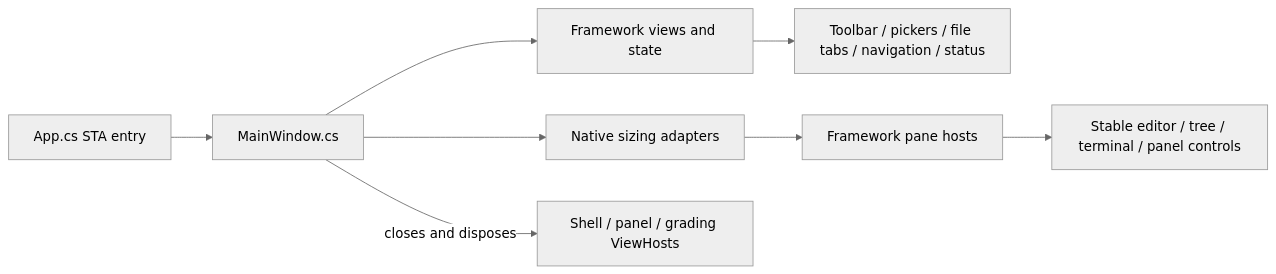
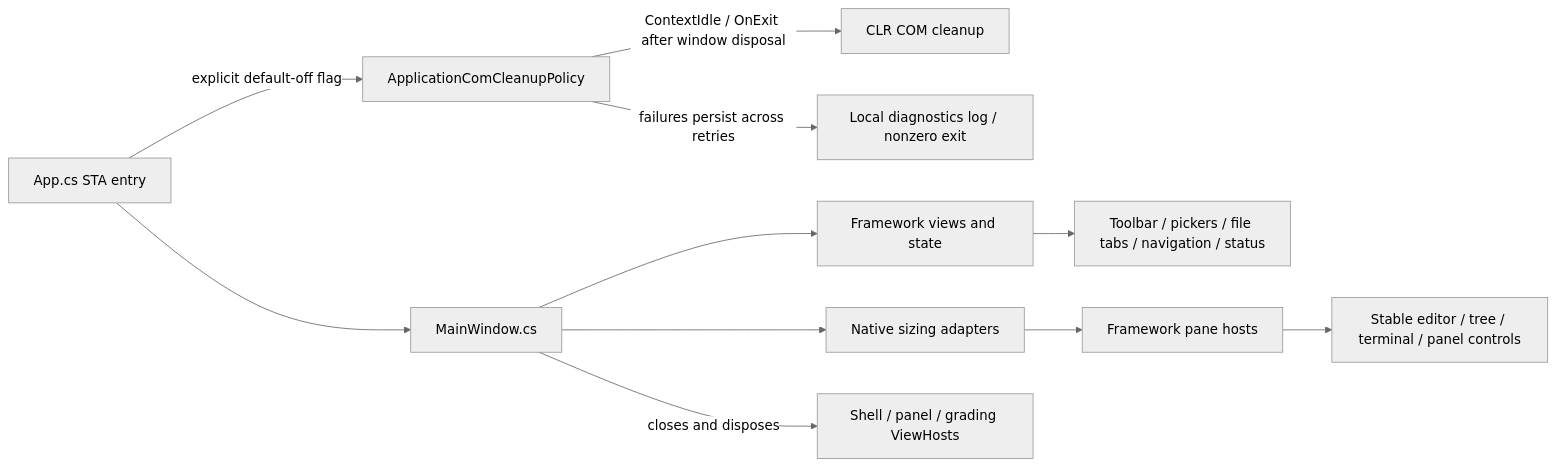
Before and after one commit to signalnotnoise/GuidedGrade: the first of 11 diagrams in KNOWLEDGE_GRAPH.md, drawn with Mermaid (neutral theme). The commit also changed other lines of this file and 4 other files, not shown here.

````diff
--- a/KNOWLEDGE_GRAPH.md
+++ b/KNOWLEDGE_GRAPH.md
@@ -9,10 +9,13 @@
 ```mermaid
 flowchart LR
     Startup[App.cs STA entry] --> Shell[MainWindow.cs]
+    Startup -->|explicit default-off flag| Cleanup[ApplicationComCleanupPolicy]
+    Cleanup -->|ContextIdle / OnExit after window disposal| Drain[CLR COM cleanup]
+    Cleanup -->|failures persist across retries| Diagnostics[Local diagnostics log / nonzero exit]
     Shell --> Views[Framework views and state]
     Views --> Actions[Toolbar / pickers / file tabs / navigation / status]
     Shell --> Adapter[Native sizing adapters]
     Adapter --> Hosts[Framework pane hosts]
     Hosts --> Native[Stable editor / tree / terminal / panel controls]
     Shell -->|closes and disposes| Lifetime[Shell / panel / grading ViewHosts]
 ```
````
